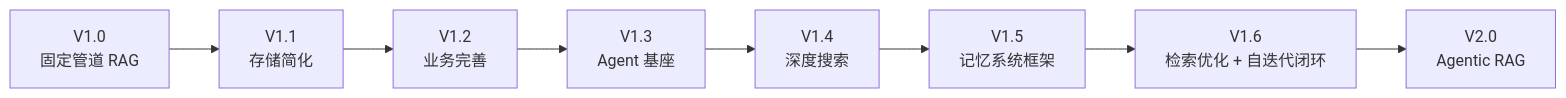
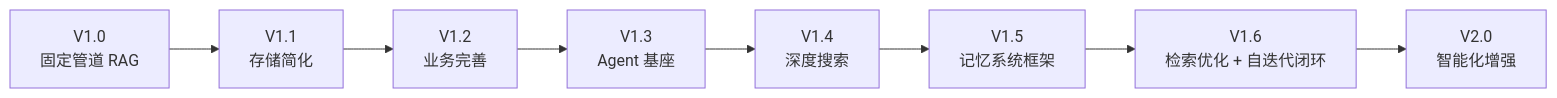
One commit to int2t05/Cognik changed the first of 4 diagrams in docs/ROADMAP.md. Above: the diagram before and after it, drawn with Mermaid. The commit also changed other lines of this file and 24 other files, not shown here.

First line of the commit message:
docs: FLOW/API 按业务域分块 + CONTRIBUTING 更名 + 清理

````diff
--- a/docs/ROADMAP.md
+++ b/docs/ROADMAP.md
@@ -15,10 +15,10 @@
 ```mermaid
 flowchart LR
     V1["V1.0<br/>固定管道 RAG"] --> V11["V1.1<br/>存储简化"]
     V11 --> V12["V1.2<br/>业务完善"]
     V12 --> V13["V1.3<br/>Agent 基座"]
     V13 --> V14["V1.4<br/>深度搜索"]
     V14 --> V15["V1.5<br/>记忆系统框架"]
     V15 --> V16["V1.6<br/>检索优化 + 自迭代闭环"]
-    V16 --> V2["V2.0<br/>Agentic RAG"]
+    V16 --> V2["V2.0<br/>智能化增强"]
 ```
````
